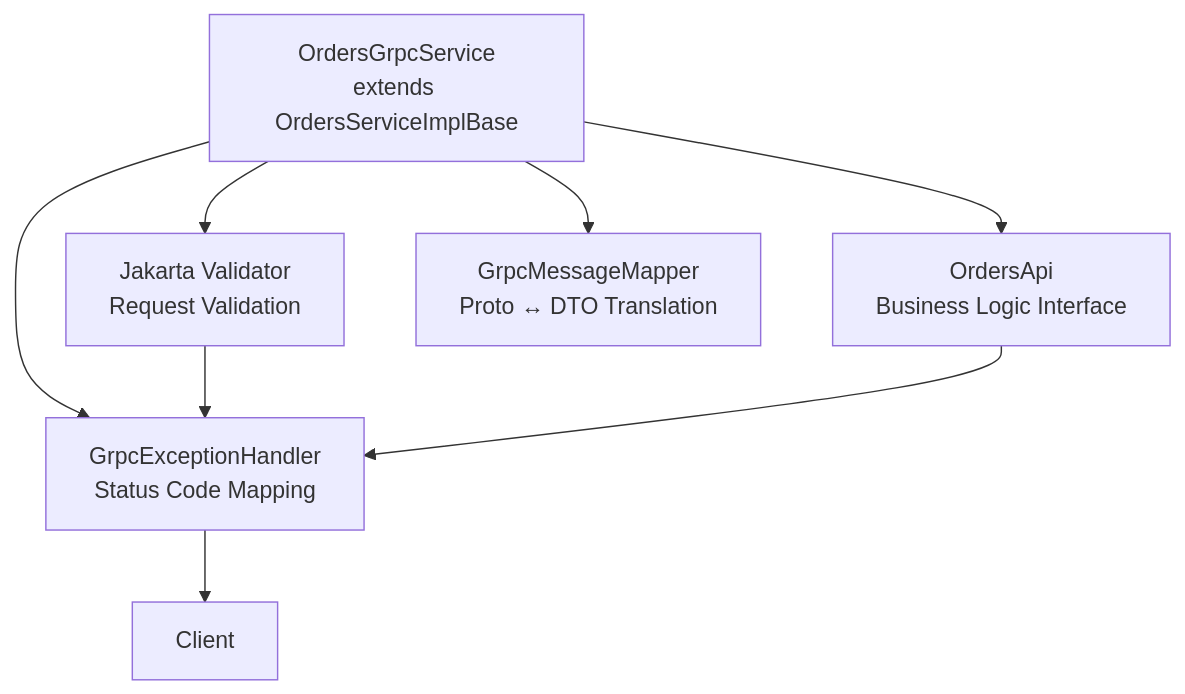
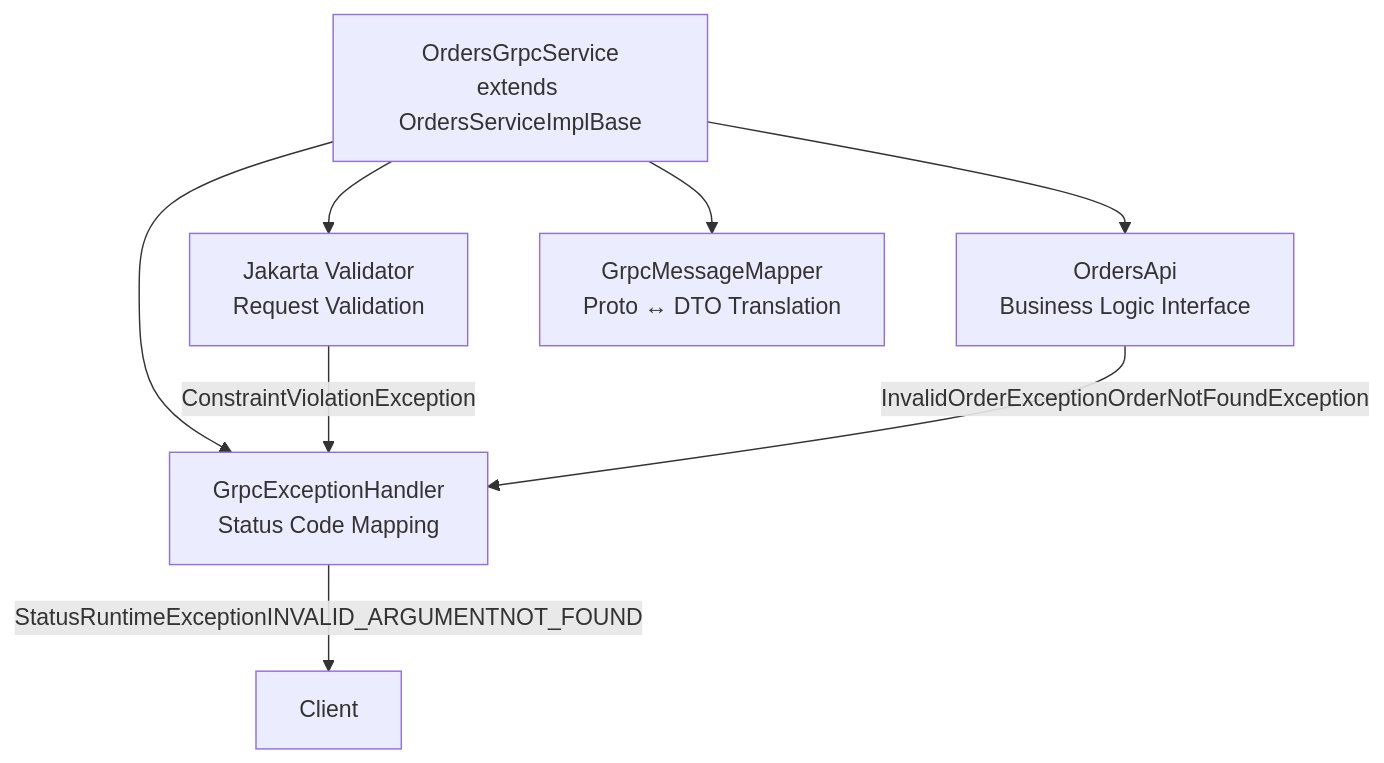
The fourth of 10 diagrams in docs/deepwiki/Orders-Service-Architecture.md (philipz/spring-modular-monolith), drawn with Mermaid before and after one commit. The commit also changed other lines of this file and 55 other files, not shown here.

````diff
--- a/docs/deepwiki/Orders-Service-Architecture.md
+++ b/docs/deepwiki/Orders-Service-Architecture.md
@@ -267,18 +267,18 @@
 ```mermaid
 flowchart TD
 
 GrpcEndpoint["OrdersGrpcService<br>extends OrdersServiceImplBase"]
 Validator["Jakarta Validator<br>Request Validation"]
 OrdersApi["OrdersApi<br>Business Logic Interface"]
 Mapper["GrpcMessageMapper<br>Proto ↔ DTO Translation"]
 ExceptionHandler["GrpcExceptionHandler<br>Status Code Mapping"]
 Client["Client"]
 
 GrpcEndpoint --> Validator
 GrpcEndpoint --> Mapper
 GrpcEndpoint --> OrdersApi
 GrpcEndpoint --> ExceptionHandler
-Validator --> ExceptionHandler
-OrdersApi --> ExceptionHandler
-ExceptionHandler --> Client
+Validator -->|"ConstraintViolationException"| ExceptionHandler
+OrdersApi -->|"InvalidOrderExceptionOrderNotFoundException"| ExceptionHandler
+ExceptionHandler -->|"StatusRuntimeExceptionINVALID_ARGUMENTNOT_FOUND"| Client
 ```
````
